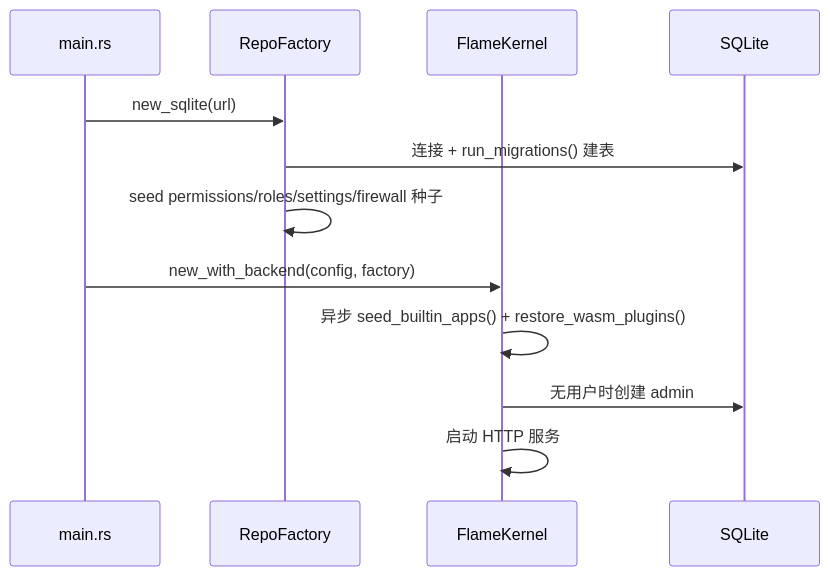
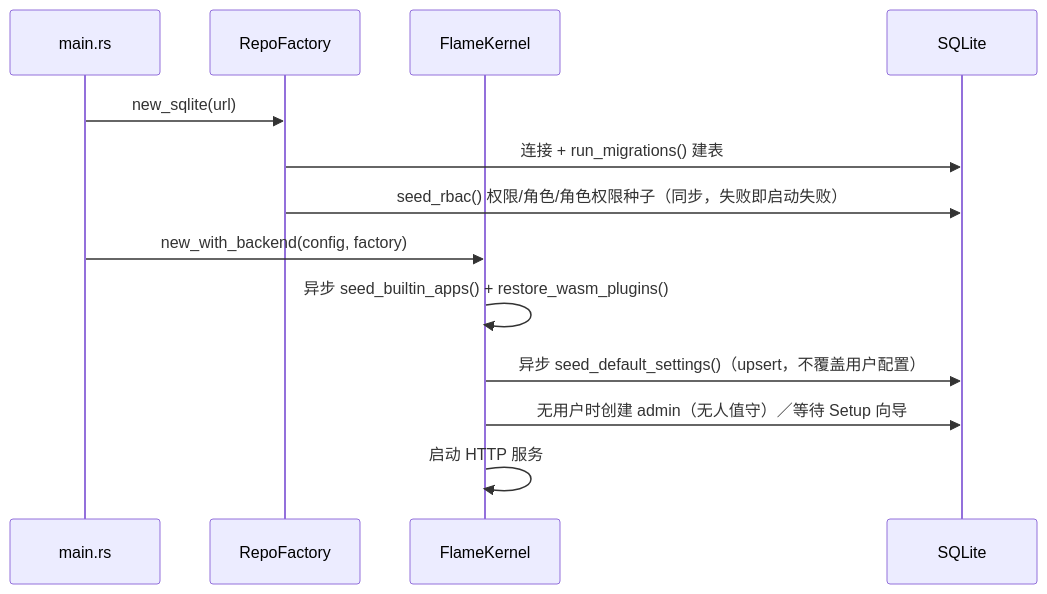
The second of 2 diagrams in Doc/03-数据库设计.md (Forevery1021/Flamepanel), drawn with Mermaid before and after one commit. The commit also changed other lines of this file and 1182 other files, not shown here.

````diff
--- a/Doc/03-数据库设计.md
+++ b/Doc/03-数据库设计.md
@@ -319,15 +668,16 @@
 ```mermaid
 sequenceDiagram
     participant M as main.rs
     participant F as RepoFactory
     participant S as FlameKernel
     participant DB as SQLite
 
     M->>F: new_sqlite(url)
     F->>DB: 连接 + run_migrations() 建表
-    F->>F: seed permissions/roles/settings/firewall 种子
+    F->>DB: seed_rbac() 权限/角色/角色权限种子（同步，失败即启动失败）
     M->>S: new_with_backend(config, factory)
     S->>S: 异步 seed_builtin_apps() + restore_wasm_plugins()
-    S->>DB: 无用户时创建 admin
+    S->>DB: 异步 seed_default_settings()（upsert，不覆盖用户配置）
+    S->>DB: 无用户时创建 admin（无人值守）／等待 Setup 向导
     S->>S: 启动 HTTP 服务
 ```
````
